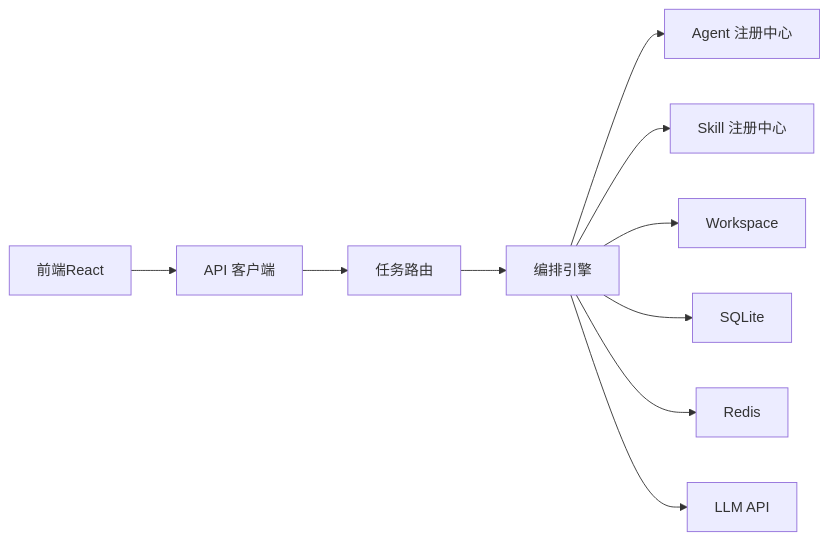
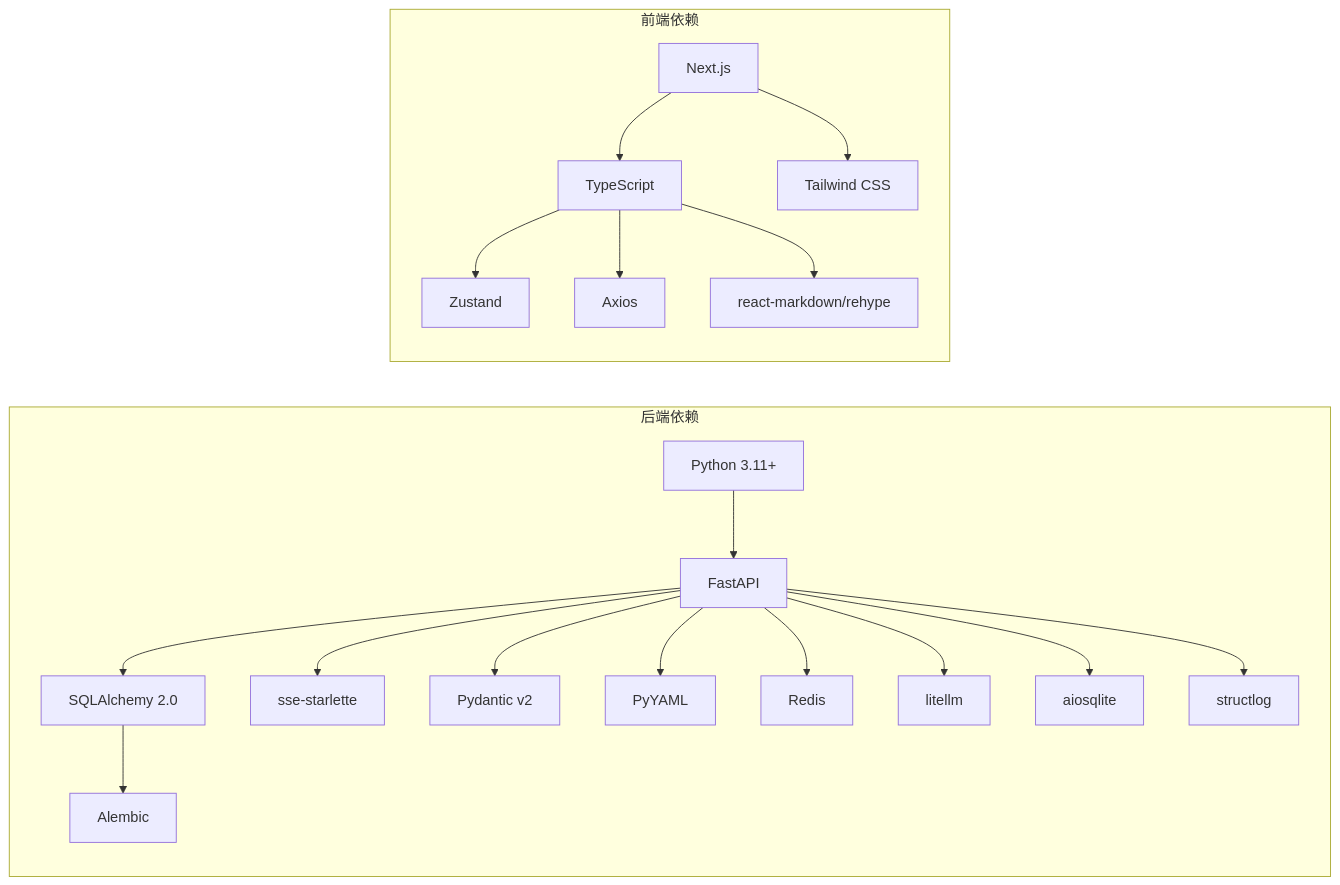
Before and after one commit to sansansansansan2022-web/hotclaw: the sixth of 6 diagrams in .qoder/repowiki/zh/content/项目概述/项目概述.md, drawn with Mermaid. The commit also changed other lines of this file and 288 other files, not shown here.

````diff
--- a/.qoder/repowiki/zh/content/项目概述/项目概述.md
+++ b/.qoder/repowiki/zh/content/项目概述/项目概述.md
@@ -253,12 +282,39 @@
 ```mermaid
 graph LR
-FE["前端React"] --> API["API 客户端"]
-API --> ROUTES["任务路由"]
-ROUTES --> ENGINE["编排引擎"]
-ENGINE --> AG["Agent 注册中心"]
-ENGINE --> SK["Skill 注册中心"]
-ENGINE --> WS["Workspace"]
-ENGINE --> DB["SQLite"]
-ENGINE --> REDIS["Redis"]
-ENGINE --> LLM["LLM API"]
+subgraph "后端依赖"
+PY["Python 3.11+"]
+FA["FastAPI"]
+SA["SQLAlchemy 2.0"]
+AL["Alembic"]
+RD["Redis"]
+LL["litellm"]
+AS["aiosqlite"]
+SS["sse-starlette"]
+SL["structlog"]
+PD["Pydantic v2"]
+YML["PyYAML"]
+end
+subgraph "前端依赖"
+NX["Next.js"]
+TS["TypeScript"]
+TZ["Tailwind CSS"]
+ZU["Zustand"]
+AX["Axios"]
+RM["react-markdown/rehype"]
+end
+PY --> FA
+FA --> SA
+SA --> AL
+FA --> SS
+FA --> PD
+FA --> YML
+FA --> RD
+FA --> LL
+FA --> AS
+FA --> SL
+NX --> TS
+NX --> TZ
+TS --> ZU
+TS --> AX
+TS --> RM
 ```
````
